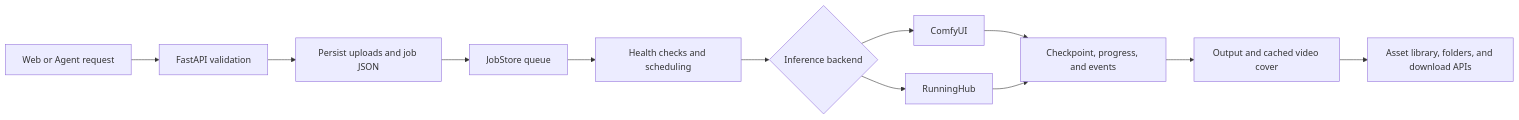
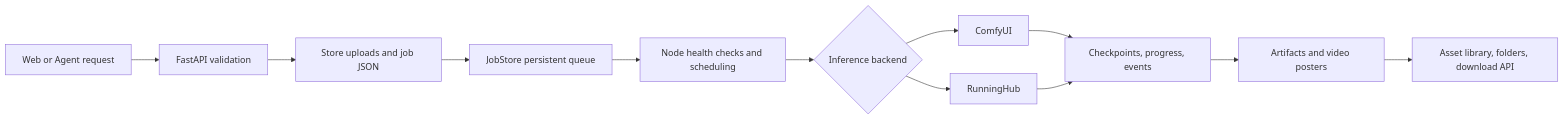
The diagram in README.en.md (SekiyoKana/minimax-studio-webui), drawn with Mermaid before and after one commit. The commit also changed other lines of this file and 7 other files, not shown here.

````diff
--- a/README.en.md
+++ b/README.en.md
@@ -99,14 +154,14 @@
 ```mermaid
 flowchart LR
     A[Web or Agent request] --> B[FastAPI validation]
-    B --> C[Persist uploads and job JSON]
-    C --> D[JobStore queue]
-    D --> E[Health checks and scheduling]
+    B --> C[Store uploads and job JSON]
+    C --> D[JobStore persistent queue]
+    D --> E[Node health checks and scheduling]
     E --> F{Inference backend}
     F --> G[ComfyUI]
     F --> H[RunningHub]
-    G --> I[Checkpoint, progress, and events]
+    G --> I[Checkpoints, progress, events]
     H --> I
-    I --> J[Output and cached video cover]
-    J --> K[Asset library, folders, and download APIs]
+    I --> J[Artifacts and video posters]
+    J --> K[Asset library, folders, download API]
 ```
````
